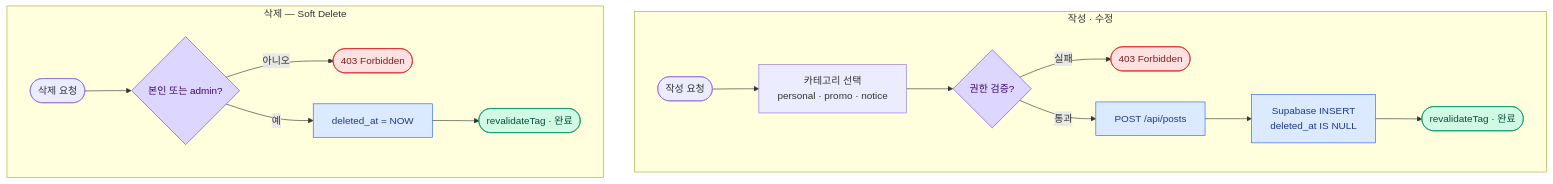
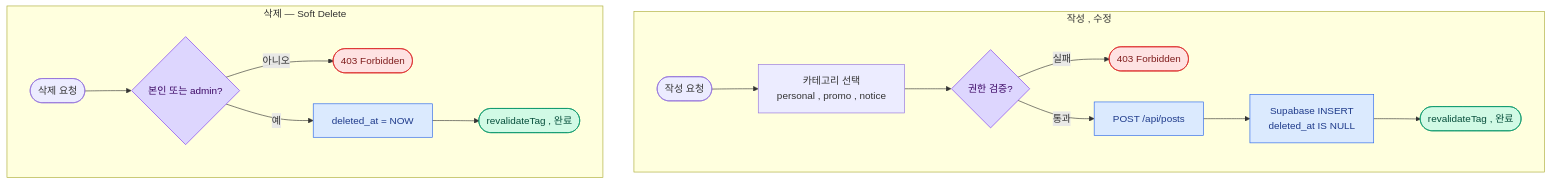
Before and after one commit to JU-JIT-SU/Black-Belt: the second of 5 diagrams in README.md, drawn with Mermaid. The commit also changed other lines of this file, not shown here.

````diff
--- a/README.md
+++ b/README.md
@@ -77,28 +82,28 @@
 ```mermaid
 flowchart TD
-    subgraph WRITE["작성 · 수정"]
-        A([작성 요청]) --> B["카테고리 선택\npersonal · promo · notice"]
+    subgraph WRITE["작성 , 수정"]
+        A([작성 요청]) --> B["카테고리 선택\npersonal , promo , notice"]
         B --> C{권한 검증?}
         C -- "실패" --> D([403 Forbidden])
         C -- "통과" --> E[POST /api/posts]
         E --> F["Supabase INSERT\ndeleted_at IS NULL"]
-        F --> G([revalidateTag · 완료])
+        F --> G([revalidateTag , 완료])
     end
 
     subgraph DEL["삭제 — Soft Delete"]
         H([삭제 요청]) --> I{"본인 또는 admin?"}
         I -- "아니오" --> J([403 Forbidden])
         I -- "예" --> K[deleted_at = NOW]
-        K --> L([revalidateTag · 완료])
+        K --> L([revalidateTag , 완료])
     end
 
     classDef decision fill:#ddd6fe,stroke:#7c3aed,color:#3b0764
     classDef error   fill:#fee2e2,stroke:#dc2626,color:#7f1d1d
     classDef success fill:#d1fae5,stroke:#059669,color:#064e3b
     classDef db      fill:#dbeafe,stroke:#2563eb,color:#1e3a8a
 
     class C,I decision
     class D,J error
     class G,L success
     class E,F,K db
 ```
````
